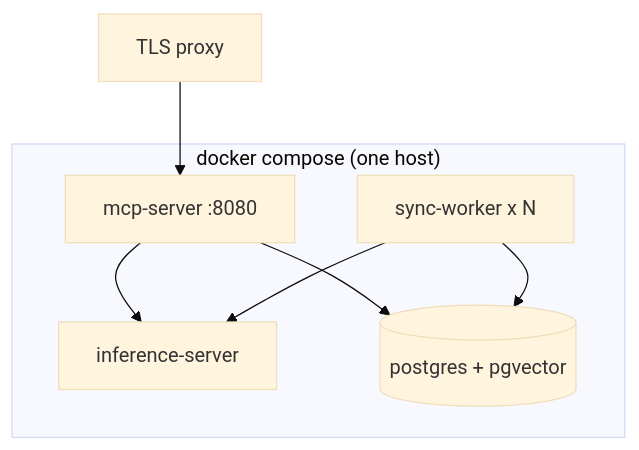
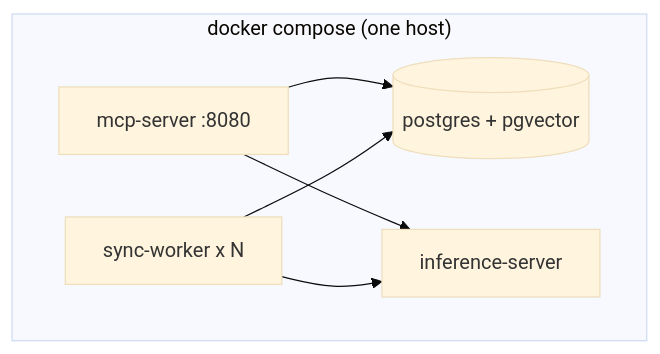
The fourth of 4 diagrams in docs/architecture.md (istvanvonfedak/sharepoint-knowledge-agent), drawn with Mermaid (base theme) before and after one commit. The commit also changed other lines of this file and 77 other files, not shown here.

First line of the commit message:
Implement the index architecture: sync-worker, inference-server and sharepoint_ask

````diff
--- a/docs/architecture.md
+++ b/docs/architecture.md
@@ -249,14 +243,13 @@
 ```mermaid
 flowchart TB
     subgraph compose["docker compose (one host)"]
         mcp[mcp-server :8080]
         worker[sync-worker x N]
         inf[inference-server]
         db[(postgres + pgvector)]
     end
-    proxy[TLS proxy] --> mcp
     mcp --> db
     worker --> db
     mcp --> inf
     worker --> inf
 ```
````
